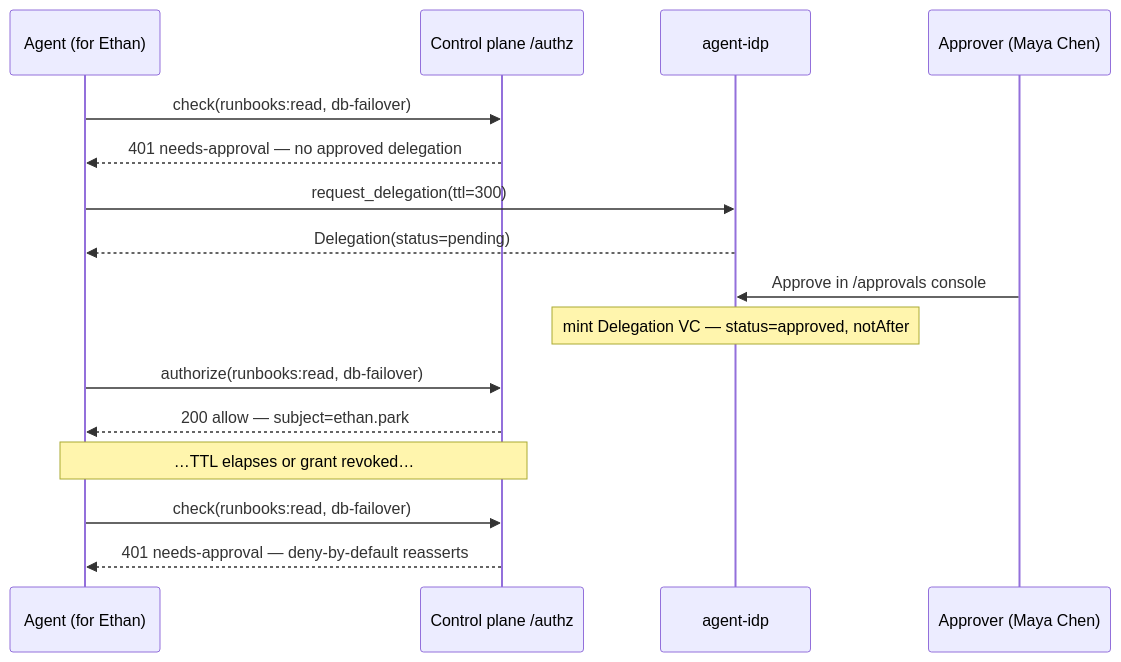
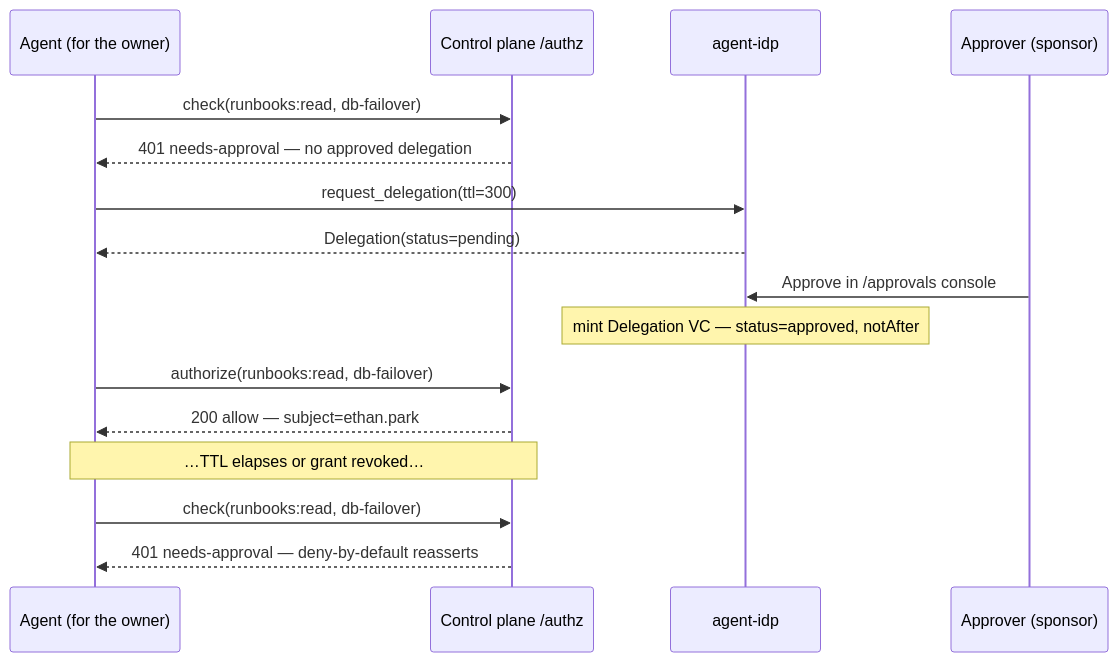
Before and after one commit to remrem-apps/palonexus-web: the first of 2 diagrams in src/content/docs/develop/delegations-and-approvals.md, drawn with Mermaid. The commit also changed other lines of this file and 62 other files, not shown here.

````diff
--- a/src/content/docs/develop/delegations-and-approvals.md
+++ b/src/content/docs/develop/delegations-and-approvals.md
@@ -23,18 +23,18 @@
 ```mermaid
 sequenceDiagram
-    participant Agent as Agent (for Ethan)
+    participant Agent as Agent (for the owner)
     participant CP as Control plane /authz
     participant IdP as agent-idp
-    participant Maya as Approver (Maya Chen)
+    participant Approver as Approver (sponsor)
     Agent->>CP: check(runbooks:read, db-failover)
     CP-->>Agent: 401 needs-approval — no approved delegation
     Agent->>IdP: request_delegation(ttl=300)
     IdP-->>Agent: Delegation(status=pending)
-    Maya->>IdP: Approve in /approvals console
+    Approver->>IdP: Approve in /approvals console
     Note over IdP: mint Delegation VC — status=approved, notAfter
     Agent->>CP: authorize(runbooks:read, db-failover)
     CP-->>Agent: 200 allow — subject=ethan.park
     Note over Agent,CP: …TTL elapses or grant revoked…
     Agent->>CP: check(runbooks:read, db-failover)
     CP-->>Agent: 401 needs-approval — deny-by-default reasserts
 ```
````
